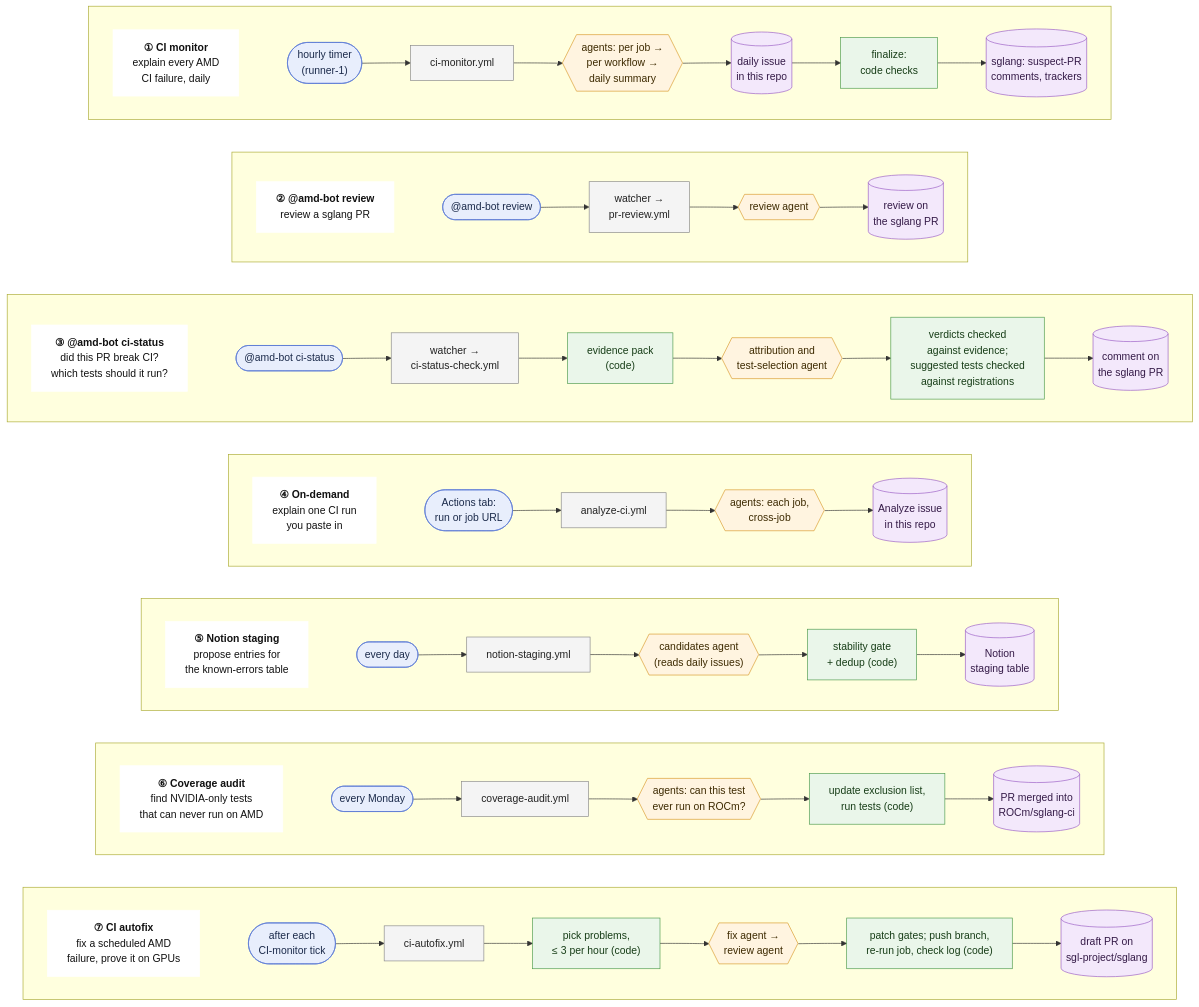
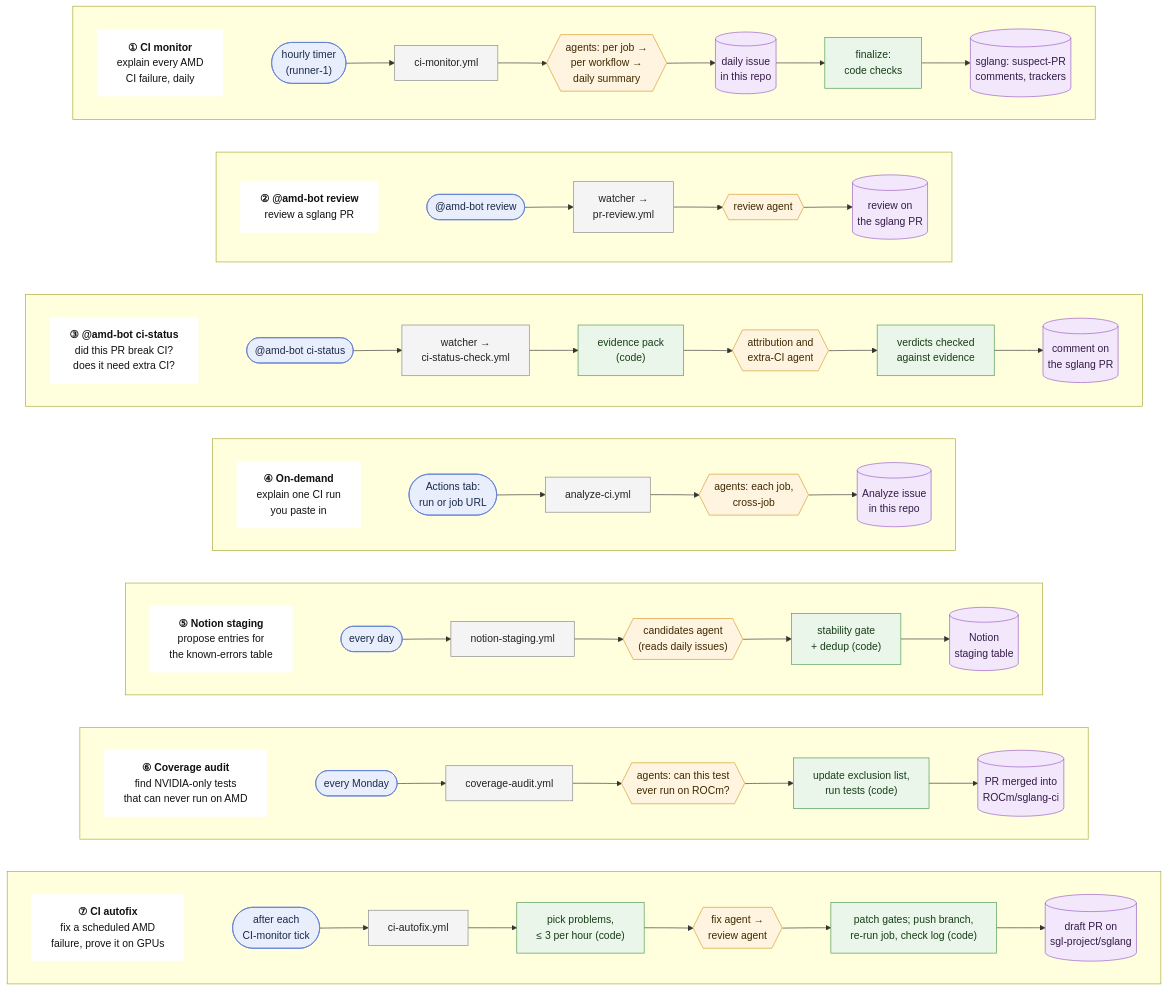
One commit to bingxche/sglang-ci-bot changed the diagram in docs/architecture.mmd. Above: the diagram before and after it, drawn with Mermaid. The commit also changed 21 other files, not shown here.

First line of the commit message:
CI status: suggest only whether extra CI is needed, per platform

```diff
--- a/docs/architecture.mmd
+++ b/docs/architecture.mmd
@@ -1,44 +1,44 @@
 flowchart TB
     classDef purpose fill:#ffffff,stroke:#ffffff,color:#111
     classDef trigger fill:#e8eefc,stroke:#5b7bd5,color:#1b2a4a
     classDef workflow fill:#f4f4f4,stroke:#888,color:#222
     classDef agent fill:#fff4e0,stroke:#d99a2b,color:#3d2a00
     classDef code fill:#eaf6ea,stroke:#4c9a4c,color:#173d17
     classDef output fill:#f3e8fb,stroke:#9a5bc4,color:#341a47
 
     subgraph L1[" "]
         direction LR
         P1["<b>① CI monitor</b><br/>explain every AMD<br/>CI failure, daily"]:::purpose ~~~ A1(["hourly timer<br/>(runner-1)"]):::trigger --> A2["ci-monitor.yml"]:::workflow --> A3{{"agents: per job →<br/>per workflow →<br/>daily summary"}}:::agent --> A4[("daily issue<br/>in this repo")]:::output --> A5["finalize:<br/>code checks"]:::code --> A6[("sglang: suspect-PR<br/>comments, trackers")]:::output
     end
 
     subgraph L2[" "]
         direction LR
         P2["<b>② @amd-bot review</b><br/>review a sglang PR"]:::purpose ~~~ B1(["@amd-bot review"]):::trigger --> B2["watcher →<br/>pr-review.yml"]:::workflow --> B3{{"review agent"}}:::agent --> B5[("review on<br/>the sglang PR")]:::output
     end
 
     subgraph L3[" "]
         direction LR
-        P3["<b>③ @amd-bot ci-status</b><br/>did this PR break CI?<br/>which tests should it run?"]:::purpose ~~~ C1(["@amd-bot ci-status"]):::trigger --> C2["watcher →<br/>ci-status-check.yml"]:::workflow --> C3["evidence pack<br/>(code)"]:::code --> C4{{"attribution and<br/>test-selection agent"}}:::agent --> C5["verdicts checked<br/>against evidence;<br/>suggested tests checked<br/>against registrations"]:::code --> C6[("comment on<br/>the sglang PR")]:::output
+        P3["<b>③ @amd-bot ci-status</b><br/>did this PR break CI?<br/>does it need extra CI?"]:::purpose ~~~ C1(["@amd-bot ci-status"]):::trigger --> C2["watcher →<br/>ci-status-check.yml"]:::workflow --> C3["evidence pack<br/>(code)"]:::code --> C4{{"attribution and<br/>extra-CI agent"}}:::agent --> C5["verdicts checked<br/>against evidence"]:::code --> C6[("comment on<br/>the sglang PR")]:::output
     end
 
     subgraph L4[" "]
         direction LR
         P4["<b>④ On-demand</b><br/>explain one CI run<br/>you paste in"]:::purpose ~~~ D1(["Actions tab:<br/>run or job URL"]):::trigger --> D2["analyze-ci.yml"]:::workflow --> D3{{"agents: each job,<br/>cross-job"}}:::agent --> D4[("Analyze issue<br/>in this repo")]:::output
     end
 
     subgraph L5[" "]
         direction LR
         P5["<b>⑤ Notion staging</b><br/>propose entries for<br/>the known-errors table"]:::purpose ~~~ E1(["every day"]):::trigger --> E2["notion-staging.yml"]:::workflow --> E3{{"candidates agent<br/>(reads daily issues)"}}:::agent --> E4["stability gate<br/>+ dedup (code)"]:::code --> E5[("Notion<br/>staging table")]:::output
     end
 
     subgraph L6[" "]
         direction LR
         P6["<b>⑥ Coverage audit</b><br/>find NVIDIA-only tests<br/>that can never run on AMD"]:::purpose ~~~ F1(["every Monday"]):::trigger --> F2["coverage-audit.yml"]:::workflow --> F3{{"agents: can this test<br/>ever run on ROCm?"}}:::agent --> F4["update exclusion list,<br/>run tests (code)"]:::code --> F5[("PR merged into<br/>ROCm/sglang-ci")]:::output
     end
 
     subgraph L7[" "]
         direction LR
         P7["<b>⑦ CI autofix</b><br/>fix a scheduled AMD<br/>failure, prove it on GPUs"]:::purpose ~~~ G1(["after each<br/>CI-monitor tick"]):::trigger --> G2["ci-autofix.yml"]:::workflow --> G3["pick problems,<br/>≤ 3 per hour (code)"]:::code --> G4{{"fix agent →<br/>review agent"}}:::agent --> G5["patch gates; push branch,<br/>re-run job, check log (code)"]:::code --> G6[("draft PR on<br/>sgl-project/sglang")]:::output
     end
 
     L1 ~~~ L2 ~~~ L3 ~~~ L4 ~~~ L5 ~~~ L6 ~~~ L7
```
